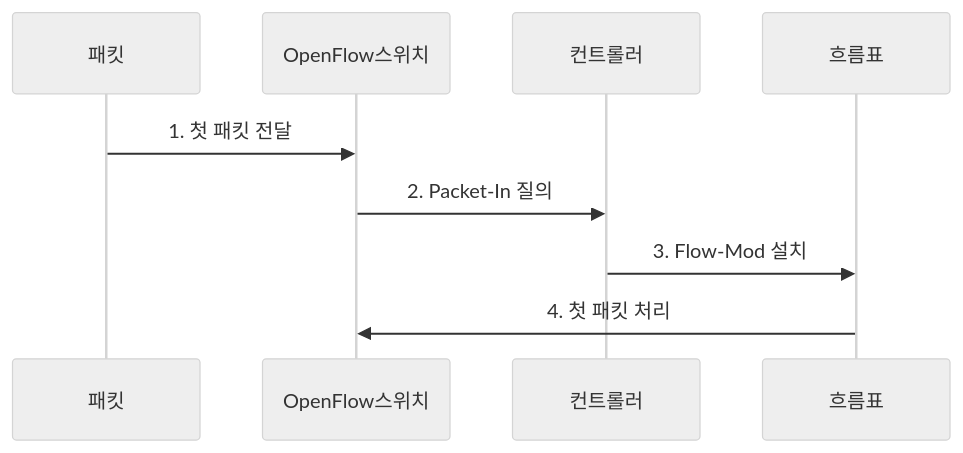
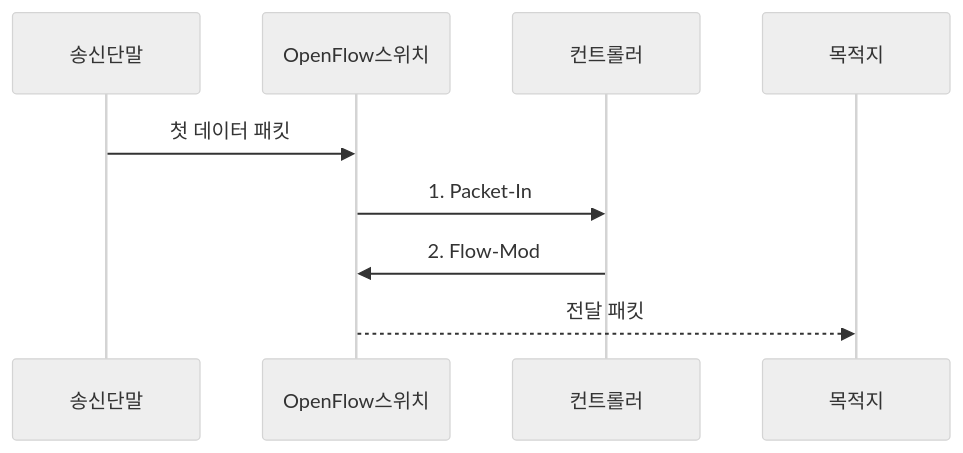
One commit to agnusdei1207/knowledge-base changed the second of 2 diagrams in src/content/docs/notes/04-network/058_sdn_controller_openflow.md. Above: the diagram before and after it, drawn with Mermaid (neutral theme). The commit also changed other lines of this file and 20 other files, not shown here.

````diff
--- a/src/content/docs/notes/04-network/058_sdn_controller_openflow.md
+++ b/src/content/docs/notes/04-network/058_sdn_controller_openflow.md
@@ -82,11 +83,11 @@
 ```mermaid
 sequenceDiagram
-    participant 패킷
+    participant 송신단말
     participant OpenFlow스위치
     participant 컨트롤러
-    participant 흐름표
-    패킷->>OpenFlow스위치: 1. 첫 패킷 전달
-    OpenFlow스위치->>컨트롤러: 2. Packet-In 질의
-    컨트롤러->>흐름표: 3. Flow-Mod 설치
-    흐름표->>OpenFlow스위치: 4. 첫 패킷 처리
+    participant 목적지
+    송신단말->>OpenFlow스위치: 첫 데이터 패킷
+    OpenFlow스위치->>컨트롤러: 1. Packet-In
+    컨트롤러->>OpenFlow스위치: 2. Flow-Mod
+    OpenFlow스위치-->>목적지: 전달 패킷
 ```
````
